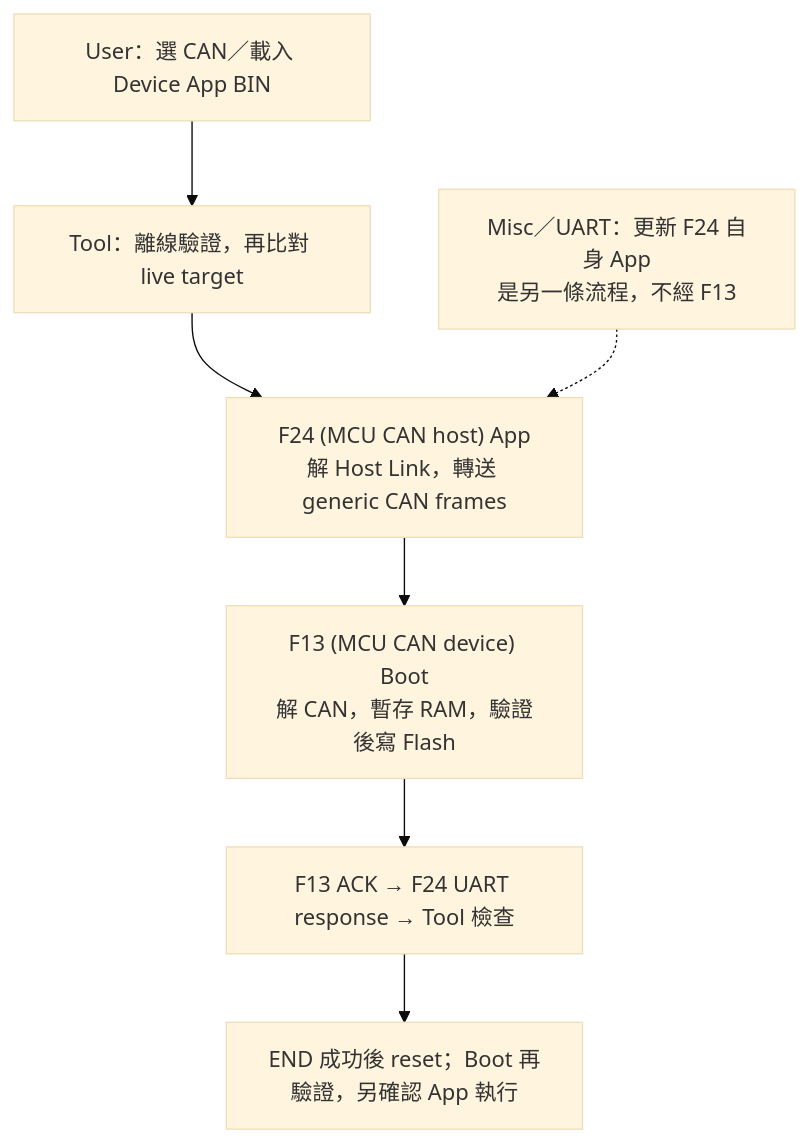
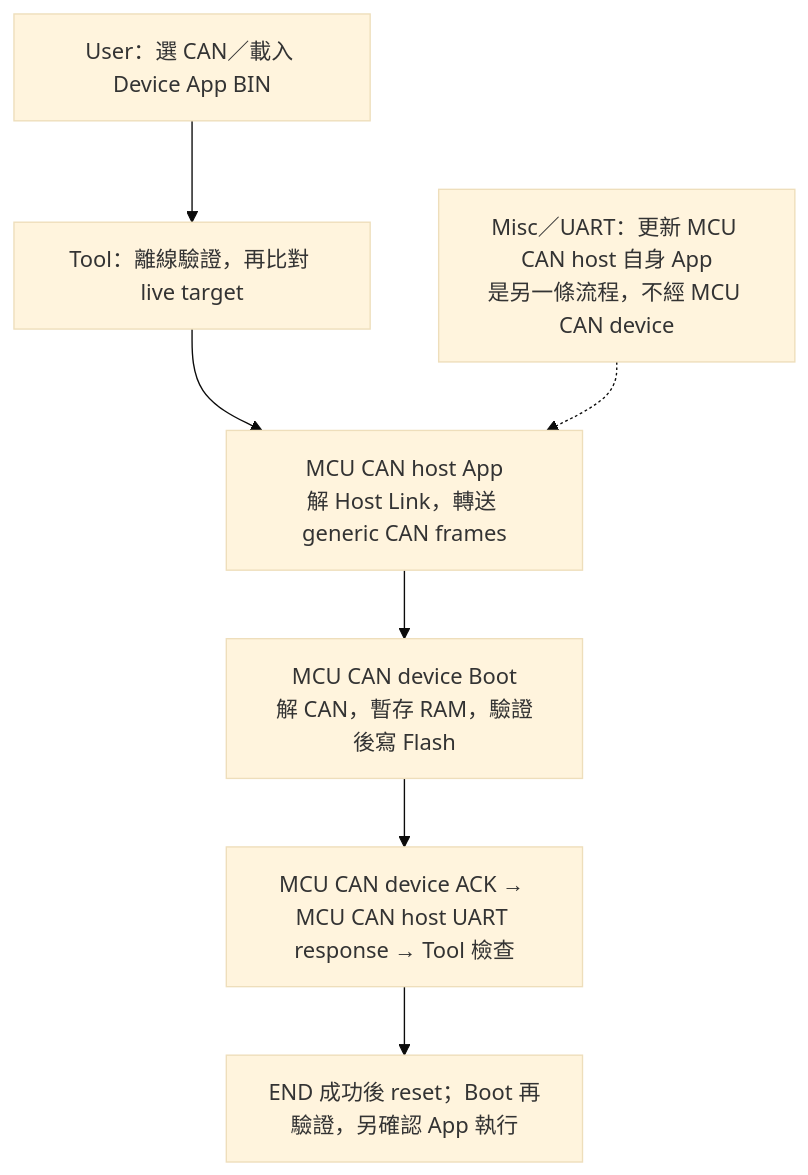
The second of 14 diagrams in index.md (released/slide_isp_tool_for_RL78), drawn with Mermaid (base theme) before and after one commit. The commit also changed other lines of this file and 2 other files, not shown here.

````diff
--- a/index.md
+++ b/index.md
@@ -625,9 +218,9 @@
 ```mermaid
 flowchart TD
     U["User：選 CAN／載入 Device App BIN"] --> T["Tool：離線驗證，再比對 live target"]
-    T --> H["F24 (MCU CAN host) App<br/>解 Host Link，轉送 generic CAN frames"]
-    H --> D["F13 (MCU CAN device) Boot<br/>解 CAN，暫存 RAM，驗證後寫 Flash"]
-    D --> R["F13 ACK → F24 UART response → Tool 檢查"]
+    T --> H["MCU CAN host App<br/>解 Host Link，轉送 generic CAN frames"]
+    H --> D["MCU CAN device Boot<br/>解 CAN，暫存 RAM，驗證後寫 Flash"]
+    D --> R["MCU CAN device ACK → MCU CAN host UART response → Tool 檢查"]
     R --> E["END 成功後 reset；Boot 再驗證，另確認 App 執行"]
-    X["Misc／UART：更新 F24 自身 App<br/>是另一條流程，不經 F13"] -.-> H
+    X["Misc／UART：更新 MCU CAN host 自身 App<br/>是另一條流程，不經 MCU CAN device"] -.-> H
 ```
````
